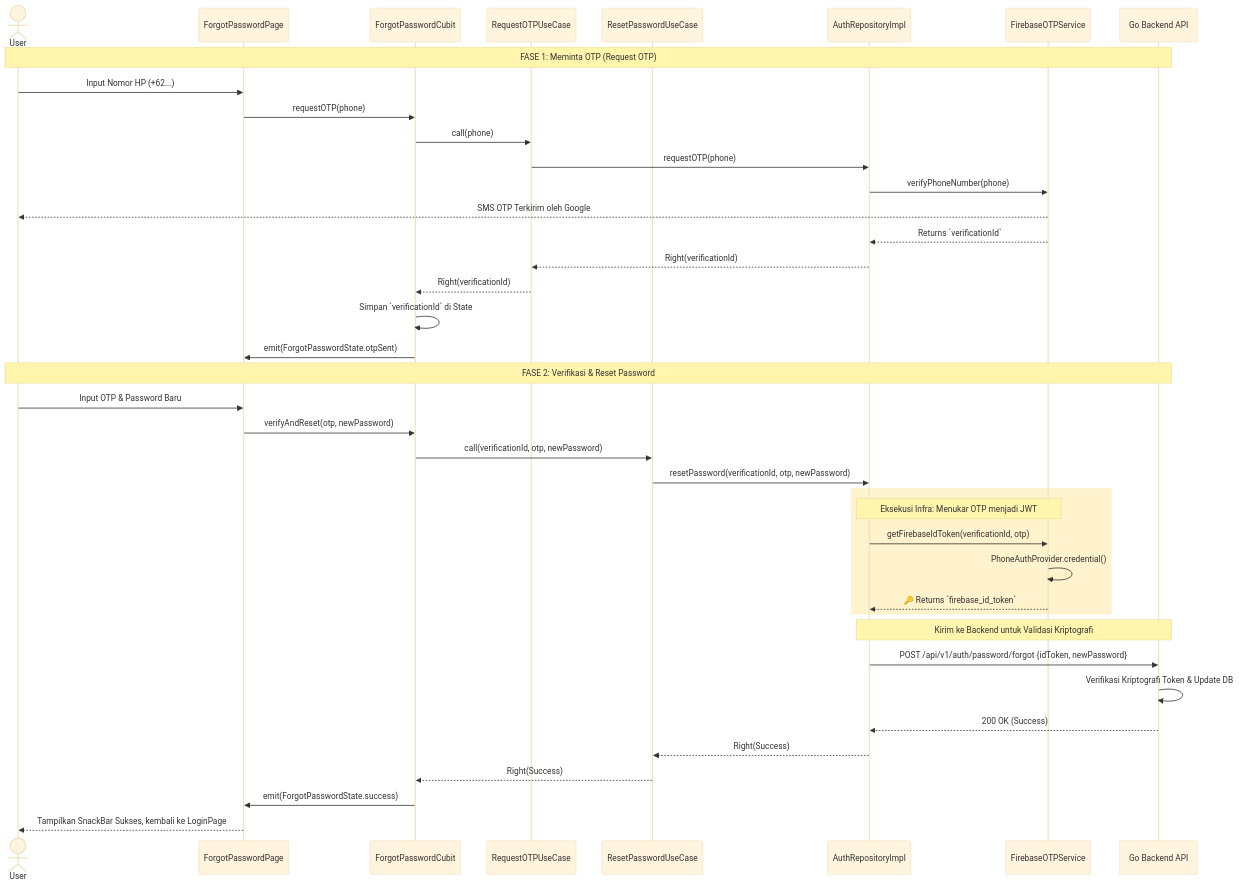
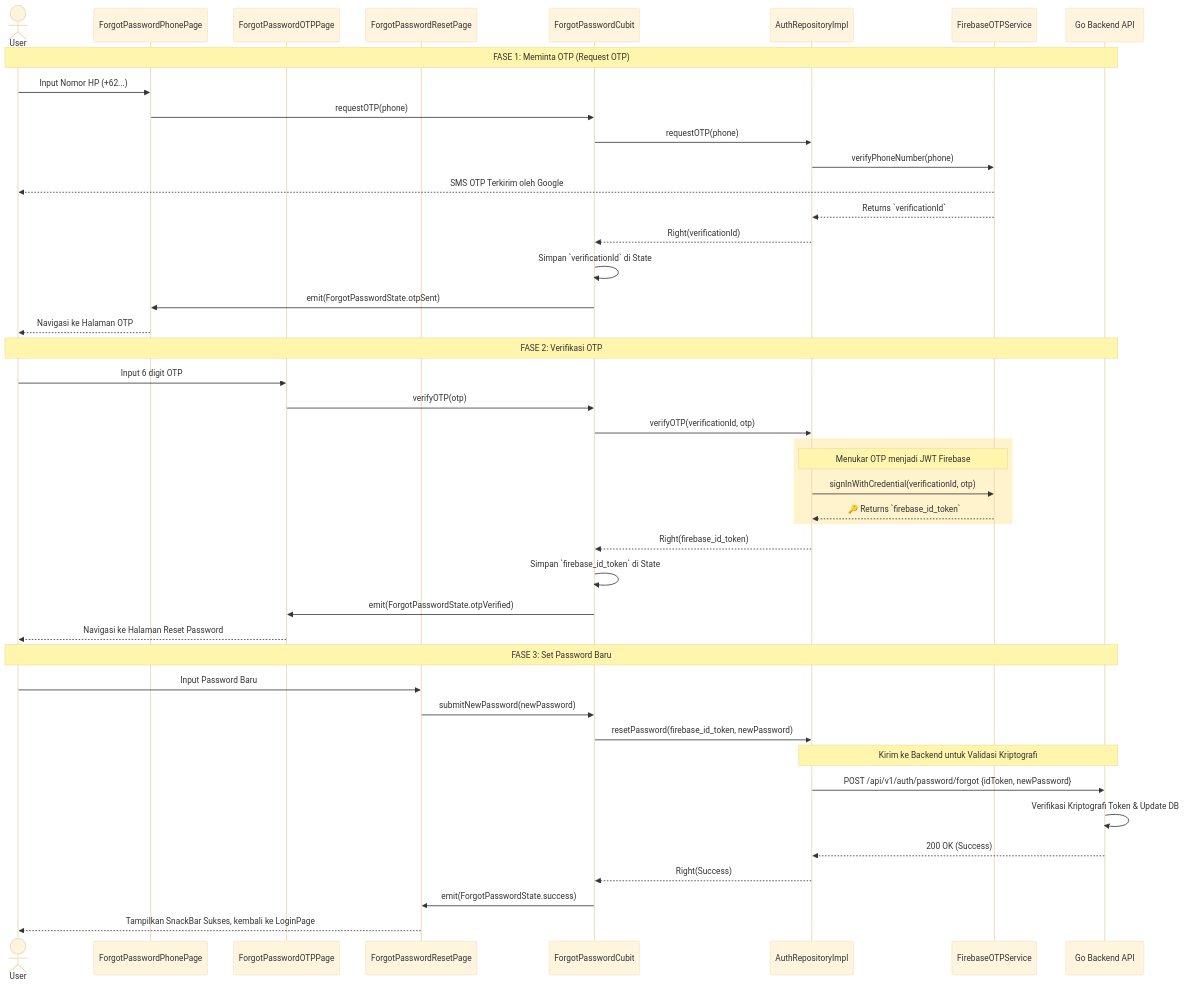
The seventh of 7 diagrams in docs/features/auth.md (nunutech40/news-app-flutter), drawn with Mermaid (base theme) before and after one commit. The commit also changed 8 other files, not shown here.

Commit message:
refactor: split forgot password flow into 3 steps (OTP and New Password separated) and update TRD

````diff
--- a/docs/features/auth.md
+++ b/docs/features/auth.md
@@ -381,47 +381,53 @@
 ```mermaid
 sequenceDiagram
     actor User
-    participant UI as ForgotPasswordPage
+    participant UI_Phone as ForgotPasswordPhonePage
+    participant UI_OTP as ForgotPasswordOTPPage
+    participant UI_Reset as ForgotPasswordResetPage
     participant Cubit as ForgotPasswordCubit
-    participant UCReq as RequestOTPUseCase
-    participant UCRes as ResetPasswordUseCase
     participant Repo as AuthRepositoryImpl
     participant FBService as FirebaseOTPService
     participant BE as Go Backend API
 
     Note over User, BE: FASE 1: Meminta OTP (Request OTP)
-    User->>UI: Input Nomor HP (+62...)
-    UI->>Cubit: requestOTP(phone)
-    Cubit->>UCReq: call(phone)
-    UCReq->>Repo: requestOTP(phone)
+    User->>UI_Phone: Input Nomor HP (+62...)
+    UI_Phone->>Cubit: requestOTP(phone)
+    Cubit->>Repo: requestOTP(phone)
     Repo->>FBService: verifyPhoneNumber(phone)
     FBService-->>User: SMS OTP Terkirim oleh Google
     FBService-->>Repo: Returns `verificationId`
-    Repo-->>UCReq: Right(verificationId)
-    UCReq-->>Cubit: Right(verificationId)
+    Repo-->>Cubit: Right(verificationId)
     Cubit->>Cubit: Simpan `verificationId` di State
-    Cubit->>UI: emit(ForgotPasswordState.otpSent)
+    Cubit->>UI_Phone: emit(ForgotPasswordState.otpSent)
+    UI_Phone-->>User: Navigasi ke Halaman OTP
     
-    Note over User, BE: FASE 2: Verifikasi & Reset Password
-    User->>UI: Input OTP & Password Baru
-    UI->>Cubit: verifyAndReset(otp, newPassword)
-    Cubit->>UCRes: call(verificationId, otp, newPassword)
-    UCRes->>Repo: resetPassword(verificationId, otp, newPassword)
+    Note over User, BE: FASE 2: Verifikasi OTP
+    User->>UI_OTP: Input 6 digit OTP
+    UI_OTP->>Cubit: verifyOTP(otp)
+    Cubit->>Repo: verifyOTP(verificationId, otp)
     
     rect rgb(255, 243, 205)
-        Note over Repo, FBService: Eksekusi Infra: Menukar OTP menjadi JWT
-        Repo->>FBService: getFirebaseIdToken(verificationId, otp)
-        FBService->>FBService: PhoneAuthProvider.credential()
+        Note over Repo, FBService: Menukar OTP menjadi JWT Firebase
+        Repo->>FBService: signInWithCredential(verificationId, otp)
         FBService-->>Repo: 🔑 Returns `firebase_id_token`
     end
+    
+    Repo-->>Cubit: Right(firebase_id_token)
+    Cubit->>Cubit: Simpan `firebase_id_token` di State
+    Cubit->>UI_OTP: emit(ForgotPasswordState.otpVerified)
+    UI_OTP-->>User: Navigasi ke Halaman Reset Password
+    
+    Note over User, BE: FASE 3: Set Password Baru
+    User->>UI_Reset: Input Password Baru
+    UI_Reset->>Cubit: submitNewPassword(newPassword)
+    Cubit->>Repo: resetPassword(firebase_id_token, newPassword)
     
     Note over Repo, BE: Kirim ke Backend untuk Validasi Kriptografi
     Repo->>BE: POST /api/v1/auth/password/forgot {idToken, newPassword}
     BE->>BE: Verifikasi Kriptografi Token & Update DB
     BE-->>Repo: 200 OK (Success)
     
-    Repo-->>UCRes: Right(Success)
-    UCRes-->>Cubit: Right(Success)
-    Cubit->>UI: emit(ForgotPasswordState.success)
-    UI-->>User: Tampilkan SnackBar Sukses, kembali ke LoginPage
+    Repo-->>Cubit: Right(Success)
+    Cubit->>UI_Reset: emit(ForgotPasswordState.success)
+    UI_Reset-->>User: Tampilkan SnackBar Sukses, kembali ke LoginPage
 ```
````
